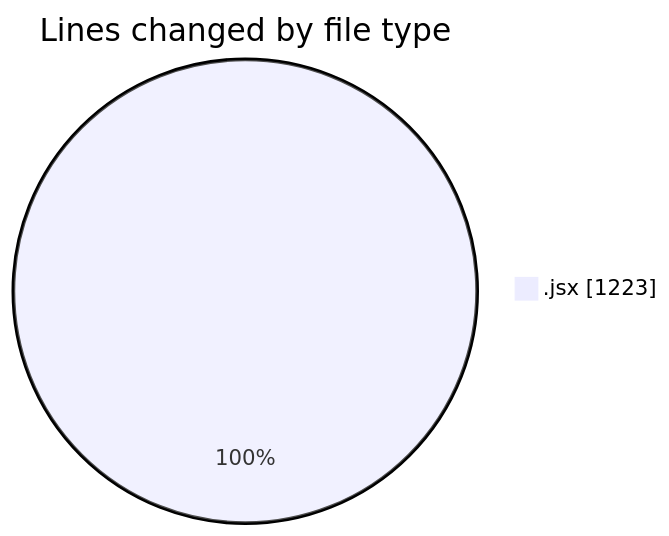
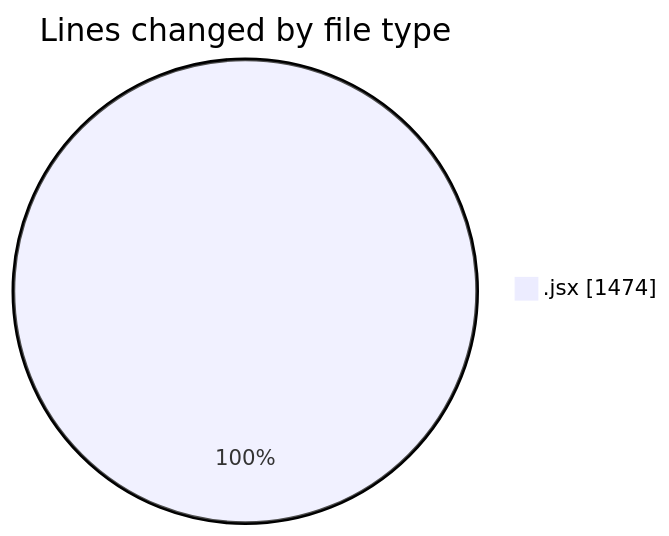
The first of 2 diagrams in 2025-05-05/nxtqube_webapp/README.md (nxtqubesakshisongat/code-tracking), drawn with Mermaid before and after one commit. The commit also changed other lines of this file and 1 other file, not shown here.

````diff
--- a/2025-05-05/nxtqube_webapp/README.md
+++ b/2025-05-05/nxtqube_webapp/README.md
@@ -20,5 +20,5 @@
 ```mermaid
 pie showData
 title Lines changed by file type
-".jsx" : 1223
+".jsx" : 1474
 ```
````
